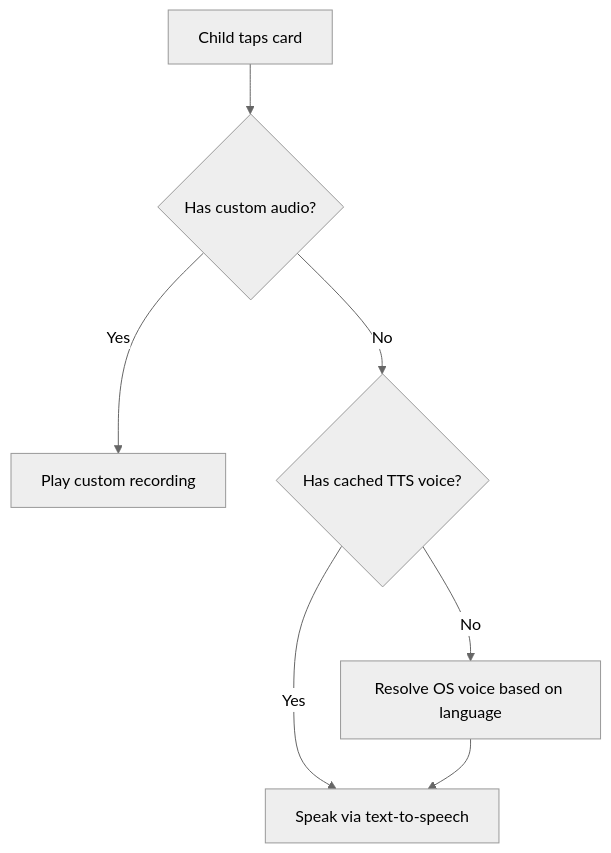
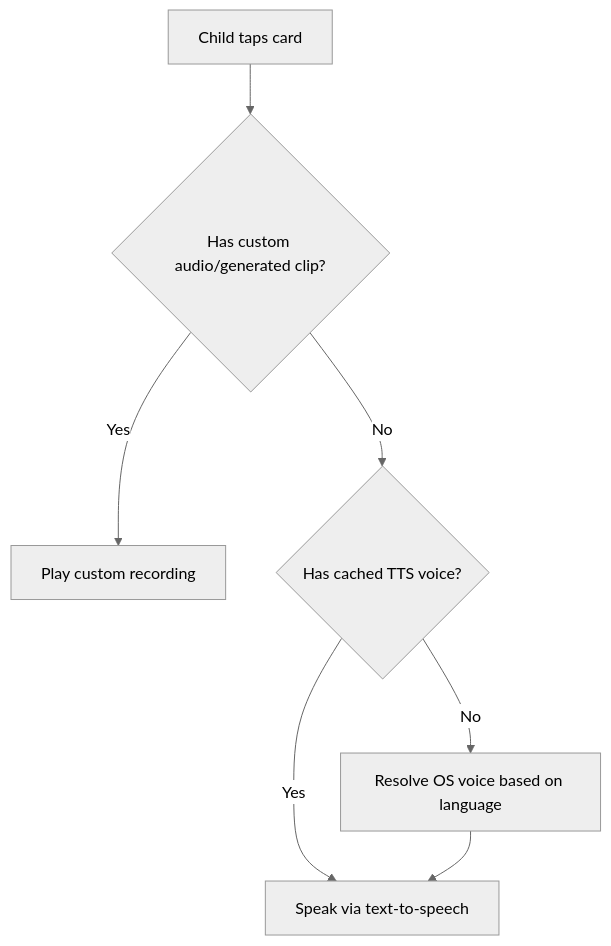
Before and after one commit to nbhansen/Talrum: the diagram in openwiki/kid-mode-speech.md, drawn with Mermaid (neutral theme). The commit also changed other lines of this file and 6 other files, not shown here.

````diff
--- a/openwiki/kid-mode-speech.md
+++ b/openwiki/kid-mode-speech.md
@@ -22,16 +31,16 @@
 ```mermaid
 flowchart TD
     Tap["Child taps card"]
-    CheckAudio{"Has custom audio?"}
+    CheckAudio{"Has custom audio/generated clip?"}
     PlayAudio["Play custom recording"]
     TTS{"Has cached TTS voice?"}
     ResolveVoice["Resolve OS voice based on language"]
     PlayTTS["Speak via text-to-speech"]
 
     Tap --> CheckAudio
     CheckAudio -->|"Yes"| PlayAudio
     CheckAudio -->|"No"| TTS
     TTS -->|"Yes"| PlayTTS
     TTS -->|"No"| ResolveVoice
     ResolveVoice --> PlayTTS
 ```
````
